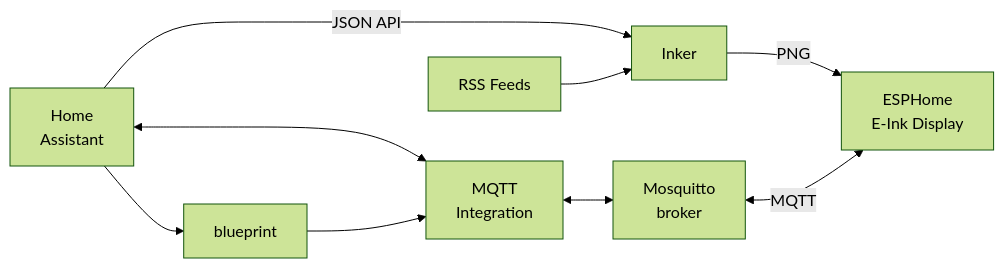
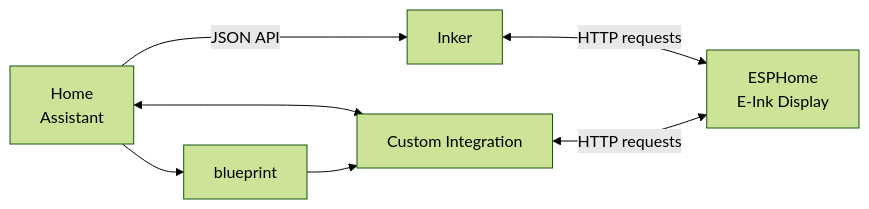
One commit to kfattum/esphome-trmnl changed the diagram in readme.md. Above: the diagram before and after it, drawn with Mermaid (forest theme). The commit also changed 4 other files, not shown here.

````diff
--- a/readme.md
+++ b/readme.md
@@ -12,11 +12,9 @@
 ``` mermaid
 flowchart LR
     HA["Home <br> Assistant"] -- JSON API --> Inker["Inker"]
-    RSS["RSS Feeds"] --> Inker
-    Inker -- PNG --> ESPH["ESPHome <br> E-Ink Display"]
-    HA <--> MQTT_Int["MQTT <br> Integration"]
+    Inker <-- HTTP requests --> ESPH["ESPHome <br> E-Ink Display"]
+    HA <--> Int["Custom Integration"]
     HA --> BP["blueprint"]
-    BP --> MQTT_Int
-    MQTT_Int <--> Mosq["Mosquitto <br> broker"]
-    Mosq <-- MQTT --> ESPH
+    BP --> Int
+    Int <-- HTTP requests --> ESPH
 ```
````
